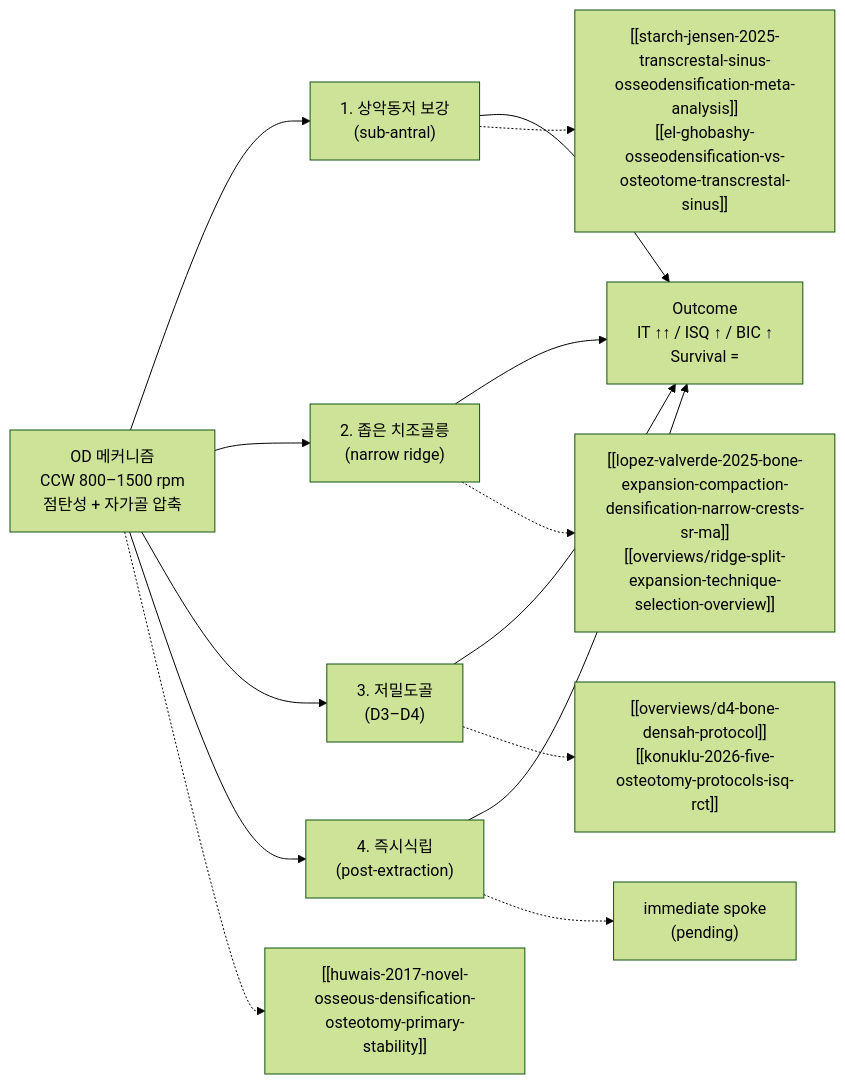
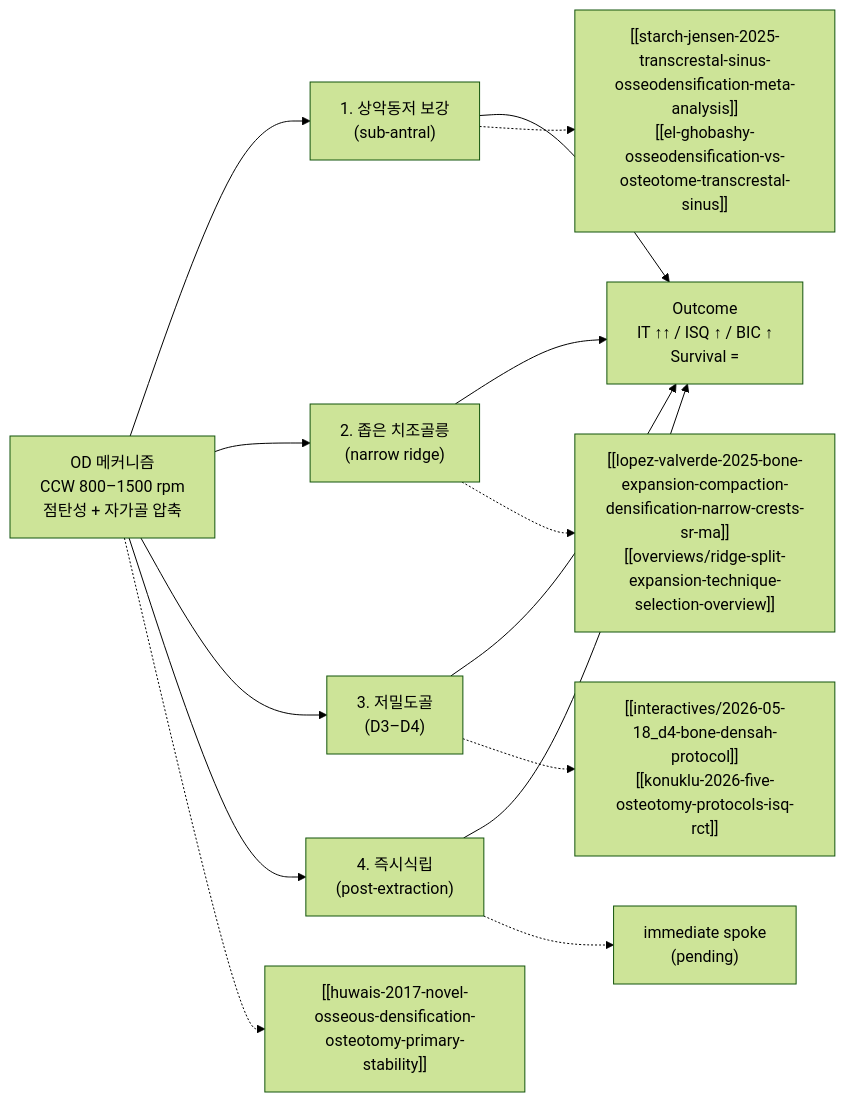
The diagram in wiki/overviews/osseodensification-clinical-applications.md (ezinternet/dentopedia), drawn with Mermaid (forest theme) before and after one commit. The commit also changed other lines of this file, not shown here.

Commit message:
wiki(overviews): osseodensification — relink d4-bone-densah-protocol to interactives/

````diff
--- a/wiki/overviews/osseodensification-clinical-applications.md
+++ b/wiki/overviews/osseodensification-clinical-applications.md
@@ -155,17 +155,17 @@
 ```mermaid
 graph LR
     M["OD 메커니즘<br/>CCW 800–1500 rpm<br/>점탄성 + 자가골 압축"]
     M --> S1["1. 상악동저 보강<br/>(sub-antral)"]
     M --> S2["2. 좁은 치조골릉<br/>(narrow ridge)"]
     M --> S3["3. 저밀도골<br/>(D3–D4)"]
     M --> S4["4. 즉시식립<br/>(post-extraction)"]
     S1 --> O["Outcome<br/>IT ↑↑ / ISQ ↑ / BIC ↑<br/>Survival ="]
     S2 --> O
     S3 --> O
     S4 --> O
     M -.-> Mech["[[huwais-2017-novel-osseous-densification-osteotomy-primary-stability]]"]
     S1 -.-> P1["[[starch-jensen-2025-transcrestal-sinus-osseodensification-meta-analysis]]<br/>[[el-ghobashy-osseodensification-vs-osteotome-transcrestal-sinus]]"]
     S2 -.-> P2["[[lopez-valverde-2025-bone-expansion-compaction-densification-narrow-crests-sr-ma]]<br/>[[overviews/ridge-split-expansion-technique-selection-overview]]"]
-    S3 -.-> P3["[[overviews/d4-bone-densah-protocol]]<br/>[[konuklu-2026-five-osteotomy-protocols-isq-rct]]"]
+    S3 -.-> P3["[[interactives/2026-05-18_d4-bone-densah-protocol]]<br/>[[konuklu-2026-five-osteotomy-protocols-isq-rct]]"]
     S4 -.-> P4["immediate spoke<br/>(pending)"]
 ```
````
